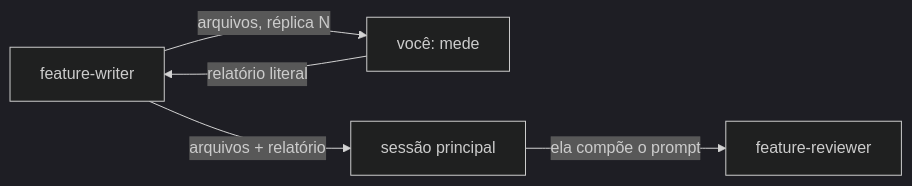
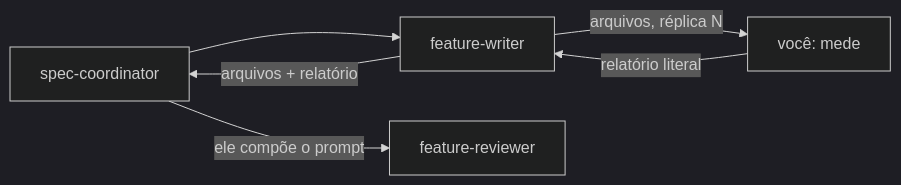
Before and after one commit to da0hn/distributed-systems-experiment-lab: the diagram in .claude/agents/artifact-verifier.md, drawn with Mermaid (dark theme). The commit also changed other lines of this file and 4 other files, not shown here.

````diff
--- a/.claude/agents/artifact-verifier.md
+++ b/.claude/agents/artifact-verifier.md
@@ -23,7 +29,8 @@
 ```mermaid
 flowchart LR
-    W["feature-writer"] -->|" arquivos, réplica N "| V["você: mede"]
+    C["spec-coordinator"] --> W["feature-writer"]
+    W -->|" arquivos, réplica N "| V["você: mede"]
     V -->|" relatório literal "| W
-    W -->|" arquivos + relatório "| S["sessão principal"]
-    S -->|" ela compõe o prompt "| R["feature-reviewer"]
+    W -->|" arquivos + relatório "| C
+    C -->|" ele compõe o prompt "| R["feature-reviewer"]
 ```
````
